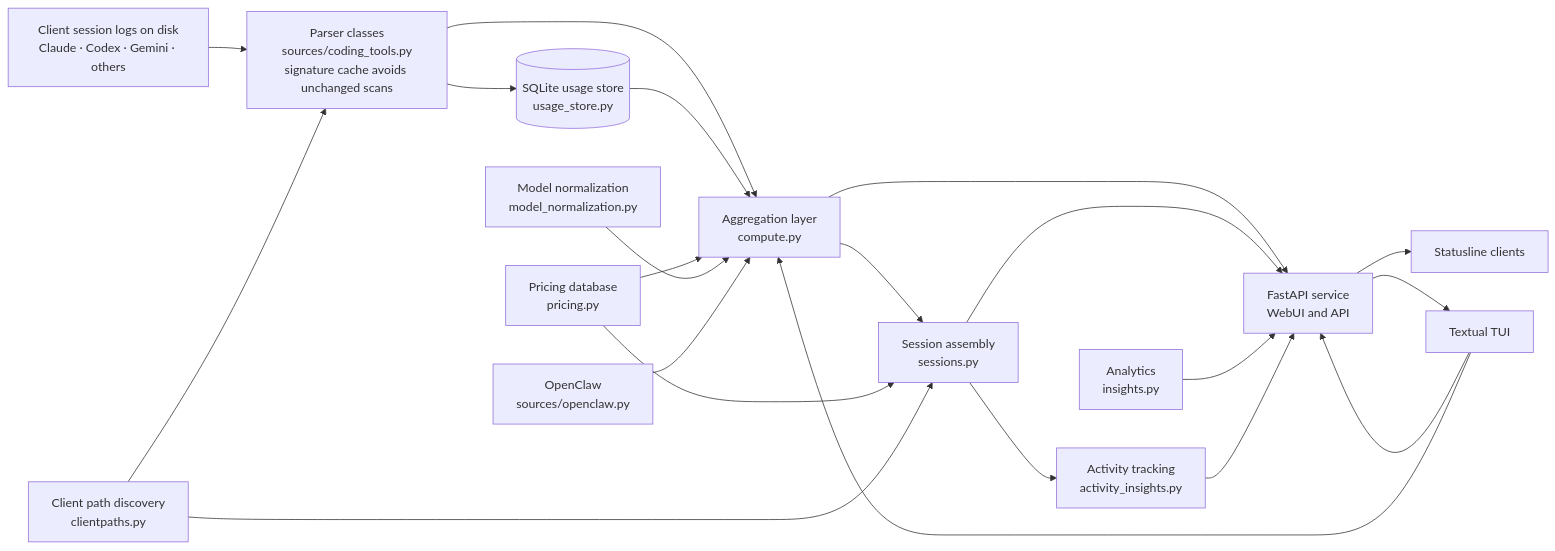
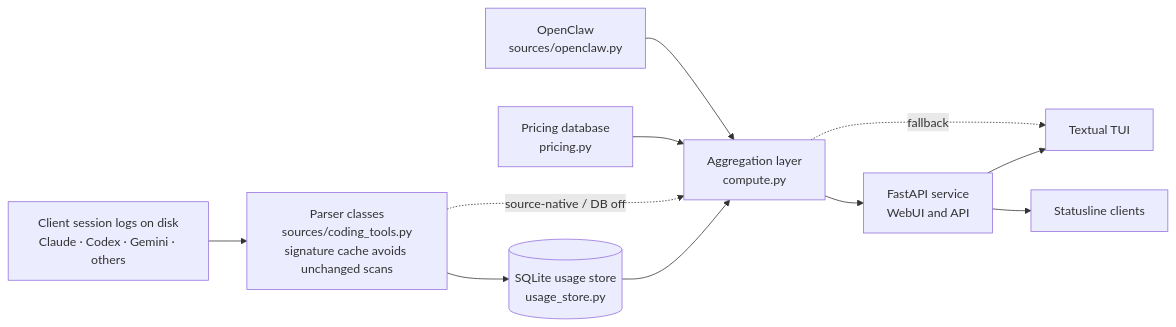
One commit to JingbiaoMei/Tokdash changed the diagram in docs/development/ARCHITECTURE.md. Above: the diagram before and after it, drawn with Mermaid. The commit also changed other lines of this file, not shown here.

First line of the commit message:
Restore the round-2 architecture overview

````diff
--- a/docs/development/ARCHITECTURE.md
+++ b/docs/development/ARCHITECTURE.md
@@ -202,38 +7,21 @@
 ```mermaid
 flowchart LR
     Logs["Client session logs on disk<br/>Claude · Codex · Gemini · others"]
     Parsers["Parser classes<br/>sources/coding_tools.py<br/>signature cache avoids unchanged scans"]
     Store[("SQLite usage store<br/>usage_store.py")]
     Compute["Aggregation layer<br/>compute.py"]
-    Sessions["Session assembly<br/>sessions.py"]
-    Insights["Analytics<br/>insights.py"]
-    ActivityInsights["Activity tracking<br/>activity_insights.py"]
     API["FastAPI service<br/>WebUI and API"]
     TUI["Textual TUI"]
     Statusline["Statusline clients"]
     Pricing["Pricing database<br/>pricing.py"]
-    ModelNorm["Model normalization<br/>model_normalization.py"]
     OpenClaw["OpenClaw<br/>sources/openclaw.py"]
-    ClientPaths["Client path discovery<br/>clientpaths.py"]
 
-    Logs --> Parsers
-    Parsers --> Store
-    Parsers --> Compute
-    Store --> Compute
-    Compute --> Sessions
-    Sessions --> ActivityInsights
+    Logs --> Parsers --> Store --> Compute
+    Parsers -.->|source-native / DB off| Compute
     Compute --> API
-    Sessions --> API
-    Insights --> API
-    ActivityInsights --> API
+    API --> TUI
+    Compute -.->|fallback| TUI
     API --> Statusline
-    API --> TUI
-    TUI --> API
-    TUI --> Compute
     Pricing --> Compute
-    Pricing --> Sessions
-    ModelNorm --> Compute
     OpenClaw --> Compute
-    ClientPaths --> Parsers
-    ClientPaths --> Sessions
 ```
````
